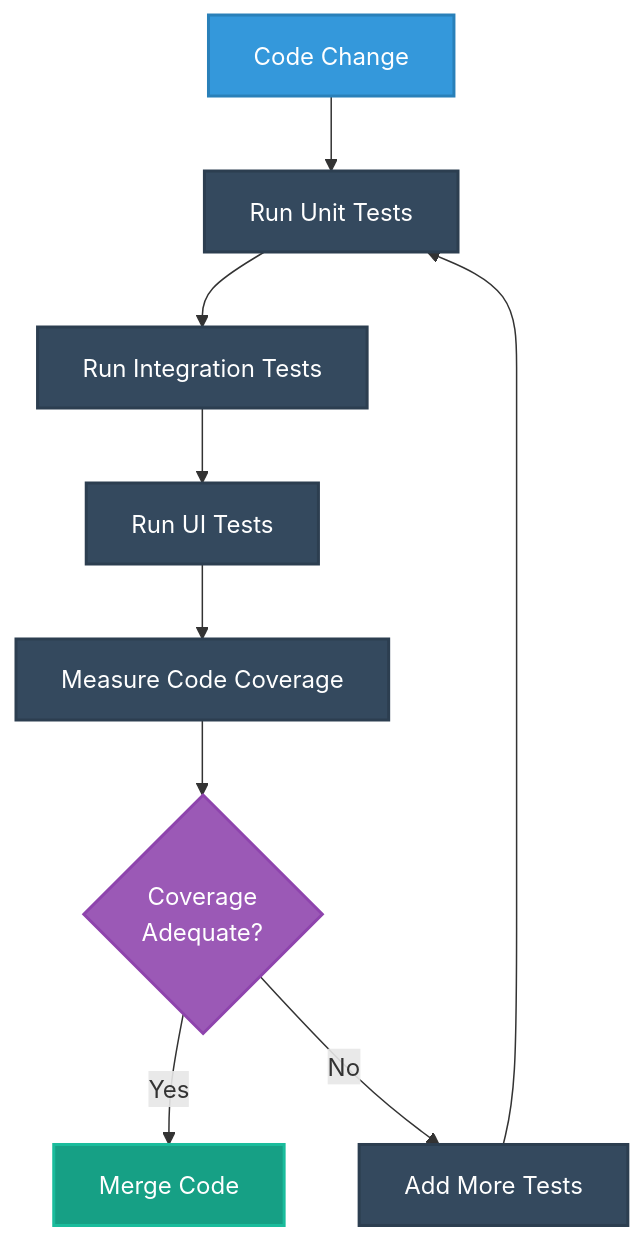
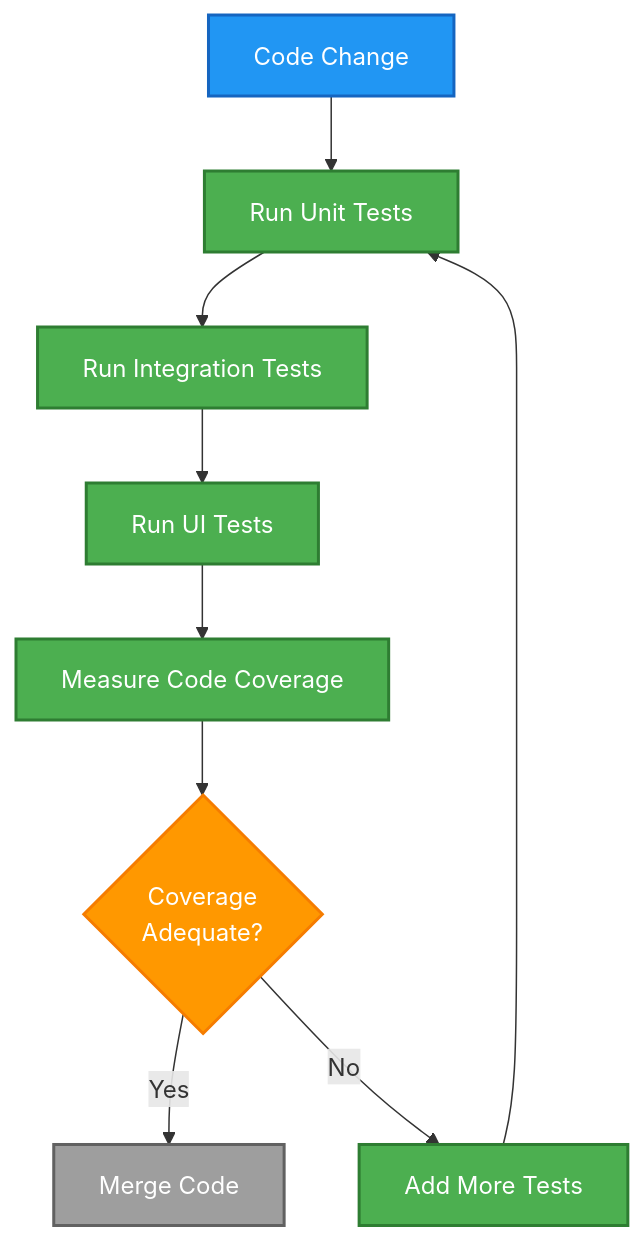
The fifth of 13 diagrams in docs/architecture/FLOWCHART.md (step-security-bot/cia-compliance-manager), drawn with Mermaid before and after one commit. The commit also changed other lines of this file and 27 other files, not shown here.

First line of the commit message:
fix: resolve broken mermaid diagrams and improve color coding to match ISMS style guide (#1106)

````diff
--- a/docs/architecture/FLOWCHART.md
+++ b/docs/architecture/FLOWCHART.md
@@ -364,22 +364,22 @@
 ```mermaid
 flowchart TD
     CodeChange[Code Change] --> UnitTests[Run Unit Tests]
     UnitTests --> IntegrationTests[Run Integration Tests]
     IntegrationTests --> UITests[Run UI Tests]
     UITests --> CoverageMeasurement[Measure Code Coverage]
     CoverageMeasurement --> Adequate{Coverage<br>Adequate?}
     Adequate -->|Yes| MergeCode[Merge Code]
     Adequate -->|No| AddTests[Add More Tests]
     AddTests --> UnitTests
     
     %% Apply styles using class definitions
-    classDef start fill:#3498db,stroke:#2980b9,stroke-width:2px,color:white
-    classDef process fill:#34495e,stroke:#2c3e50,stroke-width:2px,color:white
-    classDef decision fill:#9b59b6,stroke:#8e44ad,stroke-width:2px,color:white
-    classDef endProcess fill:#16a085,stroke:#1abc9c,stroke-width:2px,color:white
+    classDef start fill:#2196F3,stroke:#1565C0,stroke-width:2px,color:#ffffff
+    classDef process fill:#4CAF50,stroke:#2E7D32,stroke-width:2px,color:#ffffff
+    classDef decision fill:#FF9800,stroke:#F57C00,stroke-width:2px,color:#ffffff
+    classDef endProcess fill:#9E9E9E,stroke:#616161,stroke-width:2px,color:#ffffff
     
     class CodeChange start
     class UnitTests,IntegrationTests,UITests,CoverageMeasurement,AddTests process
     class Adequate decision
     class MergeCode endProcess
 ```
````
